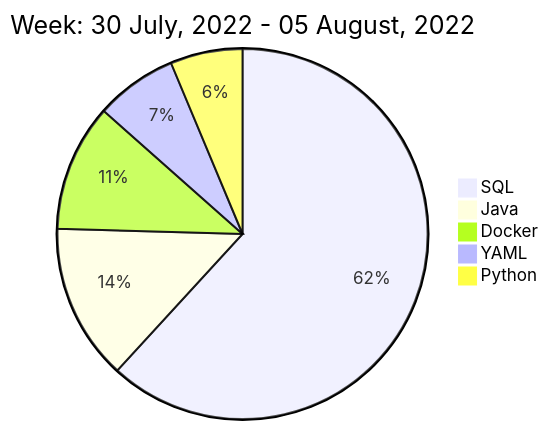
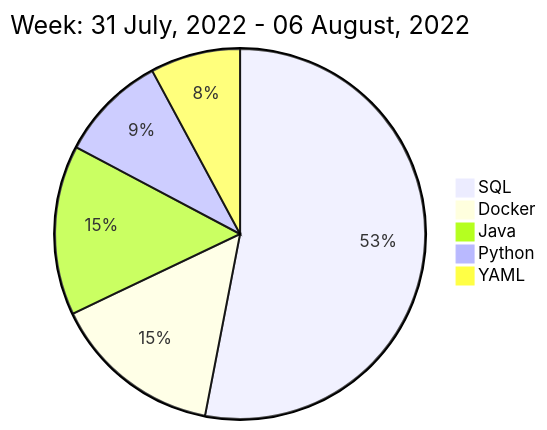
One commit to liubin95/liubin95 changed the diagram in README.md. Above: the diagram before and after it, drawn with Mermaid.

Commit message:
Updated the Graph with new Metrics

````diff
--- a/README.md
+++ b/README.md
@@ -40,9 +40,9 @@
 ```mermaid
  pie
-title Week: 30 July, 2022 - 05 August, 2022
- "SQL" : 7.35
- "Java" : 1.62
- "Docker" : 1.32
- "YAML" : 0.85
- "Python" : 0.75
+title Week: 31 July, 2022 - 06 August, 2022
+ "SQL" : 8.3
+ "Docker" : 2.33
+ "Java" : 2.32
+ "Python" : 1.47
+ "YAML" : 1.23
 ```
````
